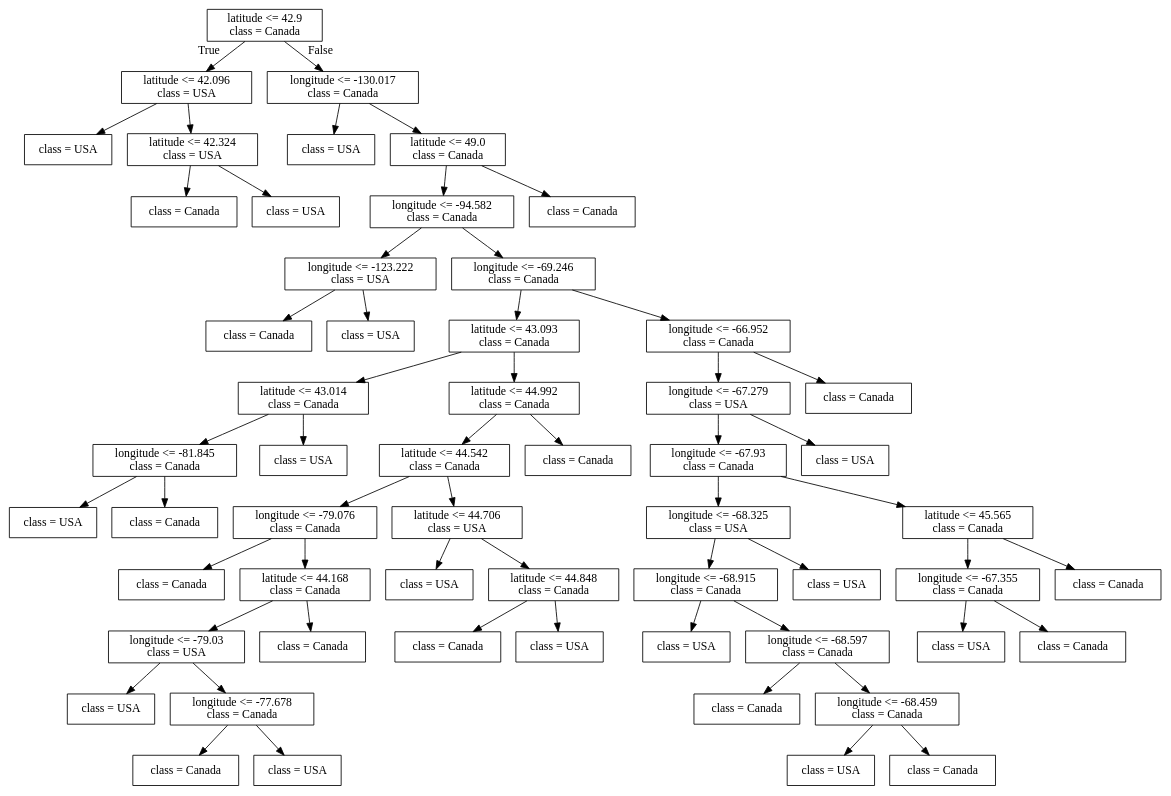
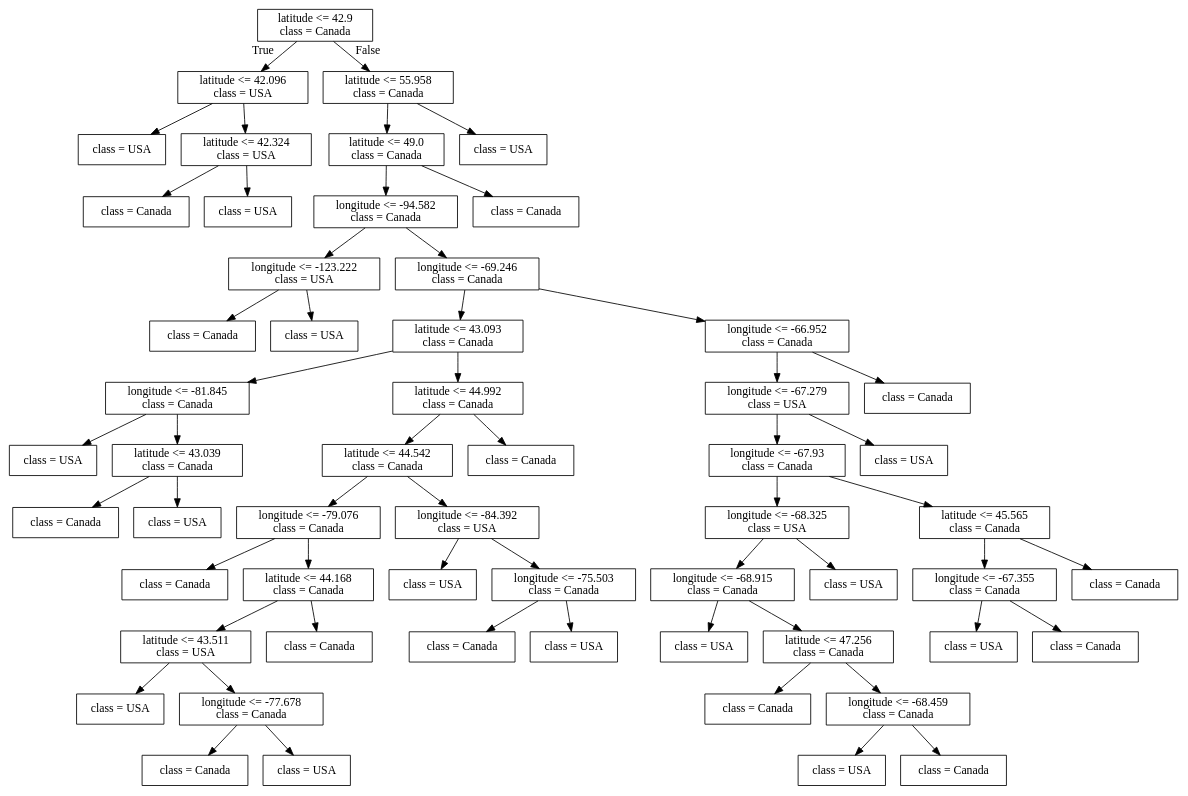
Before and after one commit to bait509-ubc/BAIT509: the diagram in lectures/Source.gv, drawn with Graphviz. The commit also changed 89 other files, not shown here.

```diff
--- a/lectures/Source.gv
+++ b/lectures/Source.gv
@@ -1,116 +1,116 @@
 digraph Tree {
 node [shape=box] ;
 0 [label="latitude <= 42.9\nclass = Canada"] ;
 1 [label="latitude <= 42.096\nclass = USA"] ;
 0 -> 1 [labeldistance=2.5, labelangle=45, headlabel="True"] ;
 2 [label="class = USA"] ;
 1 -> 2 ;
 3 [label="latitude <= 42.324\nclass = USA"] ;
 1 -> 3 ;
 4 [label="class = Canada"] ;
 3 -> 4 ;
 5 [label="class = USA"] ;
 3 -> 5 ;
-6 [label="longitude <= -130.017\nclass = Canada"] ;
+6 [label="latitude <= 55.958\nclass = Canada"] ;
 0 -> 6 [labeldistance=2.5, labelangle=-45, headlabel="False"] ;
-7 [label="class = USA"] ;
+7 [label="latitude <= 49.0\nclass = Canada"] ;
 6 -> 7 ;
-8 [label="latitude <= 49.0\nclass = Canada"] ;
-6 -> 8 ;
-9 [label="longitude <= -94.582\nclass = Canada"] ;
+8 [label="longitude <= -94.582\nclass = Canada"] ;
+7 -> 8 ;
+9 [label="longitude <= -123.222\nclass = USA"] ;
 8 -> 9 ;
-10 [label="longitude <= -123.222\nclass = USA"] ;
+10 [label="class = Canada"] ;
 9 -> 10 ;
-11 [label="class = Canada"] ;
-10 -> 11 ;
-12 [label="class = USA"] ;
-10 -> 12 ;
-13 [label="longitude <= -69.246\nclass = Canada"] ;
-9 -> 13 ;
-14 [label="latitude <= 43.093\nclass = Canada"] ;
+11 [label="class = USA"] ;
+9 -> 11 ;
+12 [label="longitude <= -69.246\nclass = Canada"] ;
+8 -> 12 ;
+13 [label="latitude <= 43.093\nclass = Canada"] ;
+12 -> 13 ;
+14 [label="longitude <= -81.845\nclass = Canada"] ;
 13 -> 14 ;
-15 [label="latitude <= 43.014\nclass = Canada"] ;
+15 [label="class = USA"] ;
 14 -> 15 ;
-16 [label="longitude <= -81.845\nclass = Canada"] ;
-15 -> 16 ;
-17 [label="class = USA"] ;
+16 [label="latitude <= 43.039\nclass = Canada"] ;
+14 -> 16 ;
+17 [label="class = Canada"] ;
 16 -> 17 ;
-18 [label="class = Canada"] ;
+18 [label="class = USA"] ;
 16 -> 18 ;
-19 [label="class = USA"] ;
-15 -> 19 ;
-20 [label="latitude <= 44.992\nclass = Canada"] ;
-14 -> 20 ;
-21 [label="latitude <= 44.542\nclass = Canada"] ;
+19 [label="latitude <= 44.992\nclass = Canada"] ;
+13 -> 19 ;
+20 [label="latitude <= 44.542\nclass = Canada"] ;
+19 -> 20 ;
+21 [label="longitude <= -79.076\nclass = Canada"] ;
 20 -> 21 ;
-22 [label="longitude <= -79.076\nclass = Canada"] ;
+22 [label="class = Canada"] ;
 21 -> 22 ;
-23 [label="class = Canada"] ;
-22 -> 23 ;
-24 [label="latitude <= 44.168\nclass = Canada"] ;
-22 -> 24 ;
-25 [label="longitude <= -79.03\nclass = USA"] ;
+23 [label="latitude <= 44.168\nclass = Canada"] ;
+21 -> 23 ;
+24 [label="latitude <= 43.511\nclass = USA"] ;
+23 -> 24 ;
+25 [label="class = USA"] ;
 24 -> 25 ;
-26 [label="class = USA"] ;
-25 -> 26 ;
-27 [label="longitude <= -77.678\nclass = Canada"] ;
-25 -> 27 ;
-28 [label="class = Canada"] ;
-27 -> 28 ;
-29 [label="class = USA"] ;
-27 -> 29 ;
-30 [label="class = Canada"] ;
-24 -> 30 ;
-31 [label="latitude <= 44.706\nclass = USA"] ;
-21 -> 31 ;
-32 [label="class = USA"] ;
-31 -> 32 ;
-33 [label="latitude <= 44.848\nclass = Canada"] ;
-31 -> 33 ;
-34 [label="class = Canada"] ;
-33 -> 34 ;
-35 [label="class = USA"] ;
-33 -> 35 ;
-36 [label="class = Canada"] ;
-20 -> 36 ;
-37 [label="longitude <= -66.952\nclass = Canada"] ;
-13 -> 37 ;
-38 [label="longitude <= -67.279\nclass = USA"] ;
+26 [label="longitude <= -77.678\nclass = Canada"] ;
+24 -> 26 ;
+27 [label="class = Canada"] ;
+26 -> 27 ;
+28 [label="class = USA"] ;
+26 -> 28 ;
+29 [label="class = Canada"] ;
+23 -> 29 ;
+30 [label="longitude <= -84.392\nclass = USA"] ;
+20 -> 30 ;
+31 [label="class = USA"] ;
+30 -> 31 ;
+32 [label="longitude <= -75.503\nclass = Canada"] ;
+30 -> 32 ;
+33 [label="class = Canada"] ;
+32 -> 33 ;
+34 [label="class = USA"] ;
+32 -> 34 ;
+35 [label="class = Canada"] ;
+19 -> 35 ;
+36 [label="longitude <= -66.952\nclass = Canada"] ;
+12 -> 36 ;
+37 [label="longitude <= -67.279\nclass = USA"] ;
+36 -> 37 ;
+38 [label="longitude <= -67.93\nclass = Canada"] ;
 37 -> 38 ;
-39 [label="longitude <= -67.93\nclass = Canada"] ;
+39 [label="longitude <= -68.325\nclass = USA"] ;
 38 -> 39 ;
-40 [label="longitude <= -68.325\nclass = USA"] ;
+40 [label="longitude <= -68.915\nclass = Canada"] ;
 39 -> 40 ;
-41 [label="longitude <= -68.915\nclass = Canada"] ;
+41 [label="class = USA"] ;
 40 -> 41 ;
-42 [label="class = USA"] ;
-41 -> 42 ;
-43 [label="longitude <= -68.597\nclass = Canada"] ;
-41 -> 43 ;
-44 [label="class = Canada"] ;
-43 -> 44 ;
-45 [label="longitude <= -68.459\nclass = Canada"] ;
-43 -> 45 ;
-46 [label="class = USA"] ;
-45 -> 46 ;
-47 [label="class = Canada"] ;
-45 -> 47 ;
-48 [label="class = USA"] ;
-40 -> 48 ;
-49 [label="latitude <= 45.565\nclass = Canada"] ;
-39 -> 49 ;
-50 [label="longitude <= -67.355\nclass = Canada"] ;
+42 [label="latitude <= 47.256\nclass = Canada"] ;
+40 -> 42 ;
+43 [label="class = Canada"] ;
+42 -> 43 ;
+44 [label="longitude <= -68.459\nclass = Canada"] ;
+42 -> 44 ;
+45 [label="class = USA"] ;
+44 -> 45 ;
+46 [label="class = Canada"] ;
+44 -> 46 ;
+47 [label="class = USA"] ;
+39 -> 47 ;
+48 [label="latitude <= 45.565\nclass = Canada"] ;
+38 -> 48 ;
+49 [label="longitude <= -67.355\nclass = Canada"] ;
+48 -> 49 ;
+50 [label="class = USA"] ;
 49 -> 50 ;
-51 [label="class = USA"] ;
-50 -> 51 ;
+51 [label="class = Canada"] ;
+49 -> 51 ;
 52 [label="class = Canada"] ;
-50 -> 52 ;
-53 [label="class = Canada"] ;
-49 -> 53 ;
-54 [label="class = USA"] ;
-38 -> 54 ;
+48 -> 52 ;
+53 [label="class = USA"] ;
+37 -> 53 ;
+54 [label="class = Canada"] ;
+36 -> 54 ;
 55 [label="class = Canada"] ;
-37 -> 55 ;
-56 [label="class = Canada"] ;
-8 -> 56 ;
+7 -> 55 ;
+56 [label="class = USA"] ;
+6 -> 56 ;
 }
```
